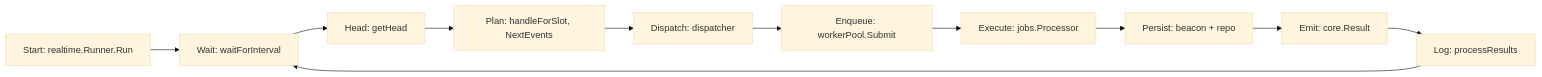
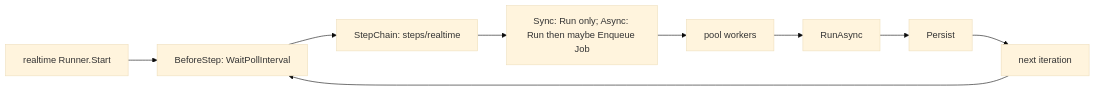
The second of 3 diagrams in doc/monitor-e2e-flow.md (tharun-p/pauli), drawn with Mermaid (base theme) before and after one commit. The commit also changed other lines of this file and 41 other files, not shown here.

First line of the commit message:
refactor(monitor): runner/steps/queue realtime loop; docs; beacon HTTP body close

````diff
--- a/doc/monitor-e2e-flow.md
+++ b/doc/monitor-e2e-flow.md
@@ -66,13 +33,11 @@
 ```mermaid
 flowchart LR
-  A["Start: realtime.Runner.Run"] --> B["Wait: waitForInterval"]
-  B --> C["Head: getHead"]
-  C --> D["Plan: handleForSlot, NextEvents"]
-  D --> E["Dispatch: dispatcher"]
-  E --> F["Enqueue: workerPool.Submit"]
-  F --> G["Execute: jobs.Processor"]
-  G --> H["Persist: beacon + repo"]
-  H --> I["Emit: core.Result"]
-  I --> J["Log: processResults"]
-  J --> B
+  A["realtime Runner.Start"] --> B["BeforeStep: WaitPollInterval"]
+  B --> C["StepChain: steps/realtime"]
+  C --> D["Sync: Run only; Async: Run then maybe Enqueue Job"]
+  D --> E["pool workers"]
+  E --> F["RunAsync"]
+  F --> G["Persist"]
+  G --> H["next iteration"]
+  H --> B
 ```
````
